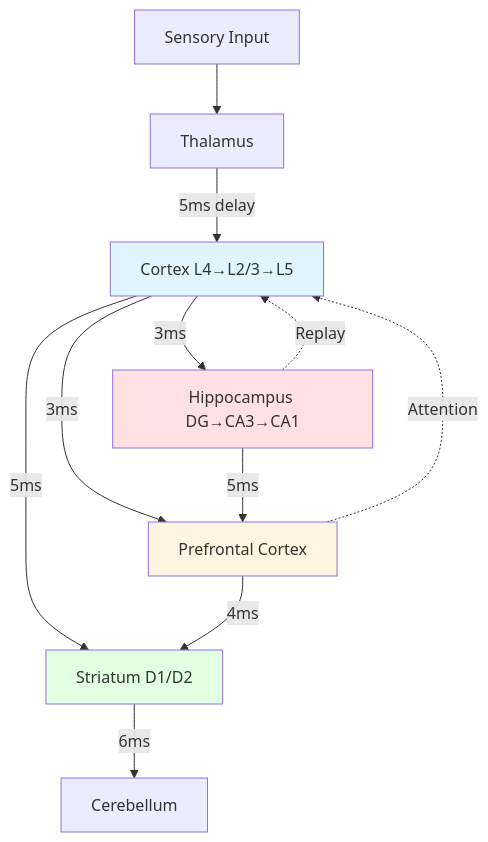
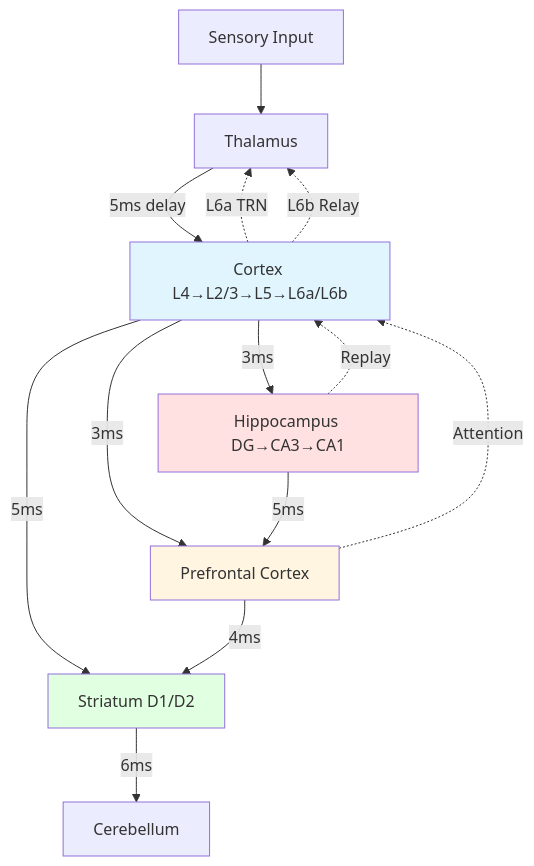
Before and after one commit to kevin-heitfeld/thalia: the diagram in README.md, drawn with Mermaid. The commit also changed other lines of this file and 27 other files, not shown here.

````diff
--- a/README.md
+++ b/README.md
@@ -79,18 +79,20 @@
 ```mermaid
 graph TD
     A[Sensory Input] --> B[Thalamus]
-    B -->|5ms delay| C[Cortex L4→L2/3→L5]
+    B -->|5ms delay| C[Cortex L4→L2/3→L5→L6a/L6b]
     C -->|3ms| D[Hippocampus DG→CA3→CA1]
     C -->|5ms| E[Striatum D1/D2]
     C -->|3ms| F[Prefrontal Cortex]
     D -->|5ms| F
     F -->|4ms| E
     E -->|6ms| G[Cerebellum]
     F -.->|Attention| C
     D -.->|Replay| C
+    C -.->|L6a TRN| B
+    C -.->|L6b Relay| B
 
     style C fill:#e1f5ff
     style D fill:#ffe1e1
     style E fill:#e1ffe1
     style F fill:#fff5e1
 ```
````
